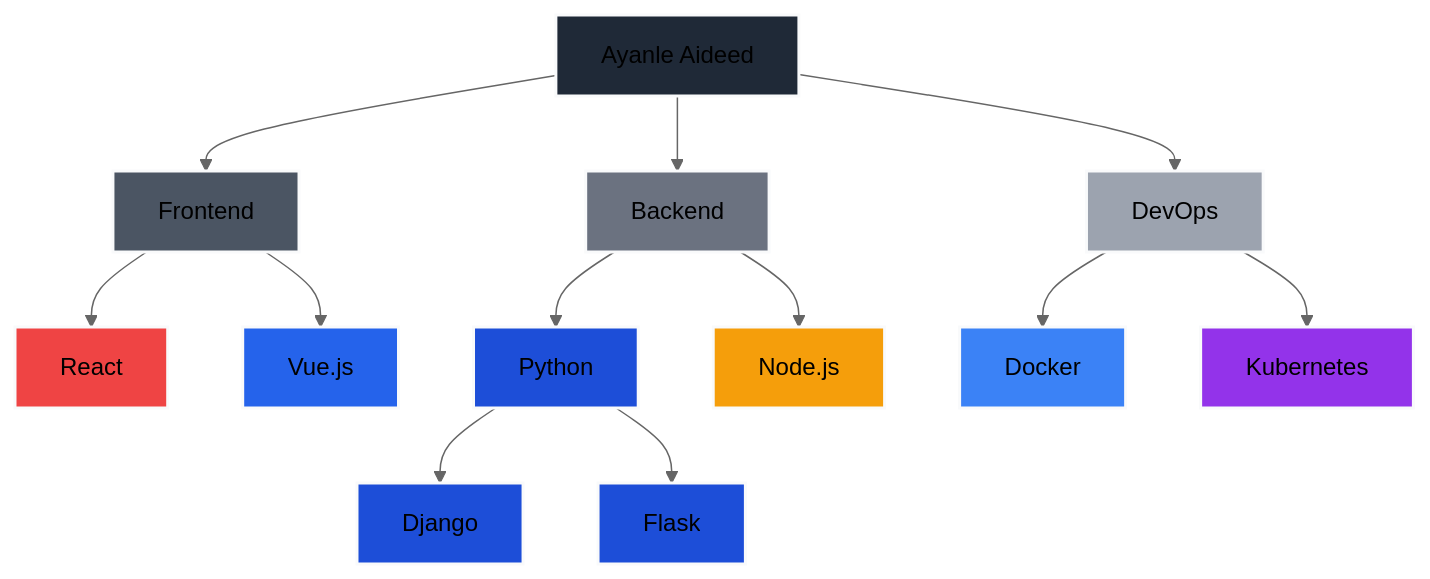
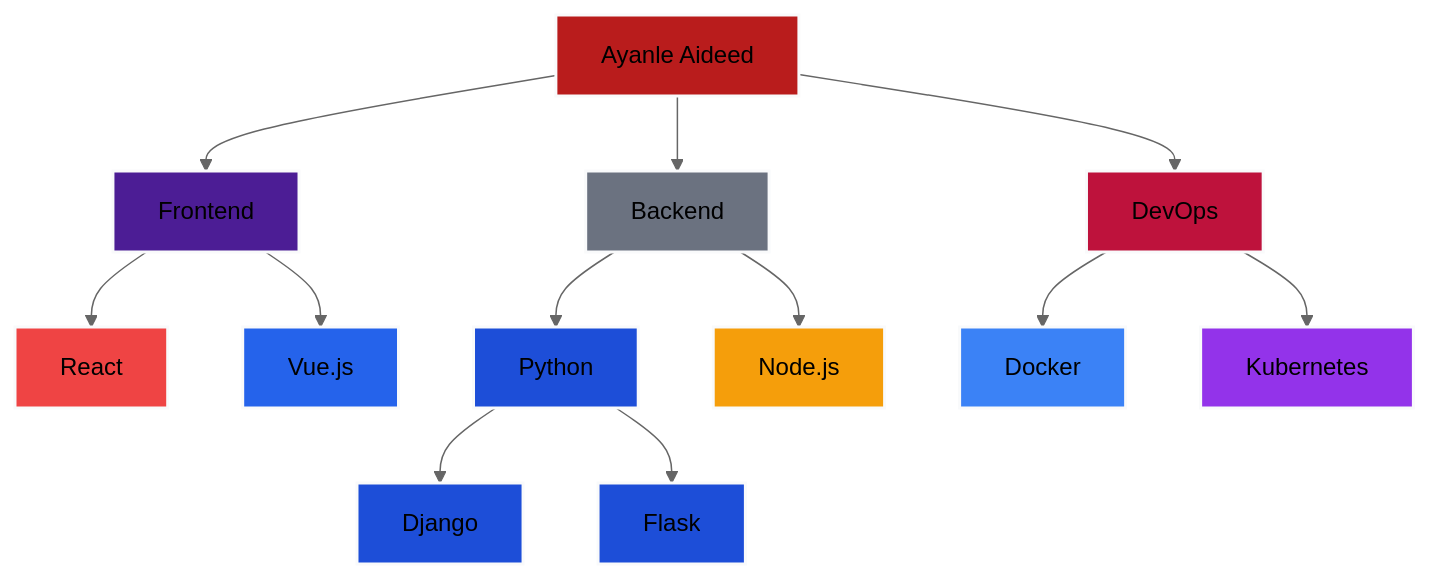
Before and after one commit to Ayanleaideed/Ayanleaideed: the diagram in README.md, drawn with Mermaid (neutral theme).

````diff
--- a/README.md
+++ b/README.md
@@ -115,30 +115,30 @@
 ```mermaid
 graph TD
     A[Ayanle Aideed] --> B[Frontend]
     A --> C[Backend]
     A --> D[DevOps]
     B --> E[React]
     B --> F[Vue.js]
     C --> G[Python]
     C --> H[Node.js]
     D --> I[Docker]
     D --> J[Kubernetes]
     G --> L[Django]
     G --> M[Flask]
 
-    style A fill:#1F2937,stroke:#F9FAFB,stroke-width:2px
-    style B fill:#4B5563,stroke:#F9FAFB,stroke-width:2px
+    style A fill:#b91c1c,stroke:#F9FAFB,stroke-width:2px
+    style B fill:#4c1d95,stroke:#F9FAFB,stroke-width:2px
     style C fill:#6B7280,stroke:#F9FAFB,stroke-width:2px
-    style D fill:#9CA3AF,stroke:#F9FAFB,stroke-width:2px
+    style D fill:#be123c,stroke:#F9FAFB,stroke-width:2px
     style E fill:#EF4444,stroke:#F9FAFB,stroke-width:2px
     style F fill:#2563eb,stroke:#F9FAFB,stroke-width:2px
     style G fill:#1d4ed8,stroke:#F9FAFB,stroke-width:2px
     style H fill:#F59E0B,stroke:#F9FAFB,stroke-width:2px
     style I fill:#3B82F6,stroke:#F9FAFB,stroke-width:2px
     style J fill:#9333EA,stroke:#F9FAFB,stroke-width:2px
     style L fill:#1d4ed8,stroke:#F9FAFB,stroke-width:2px
     style M fill:#1d4ed8,stroke:#F9FAFB,stroke-width:2px
 
 
 
 ```
````
